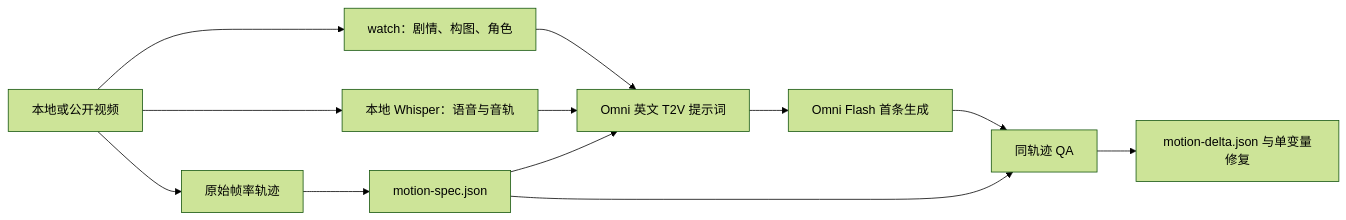
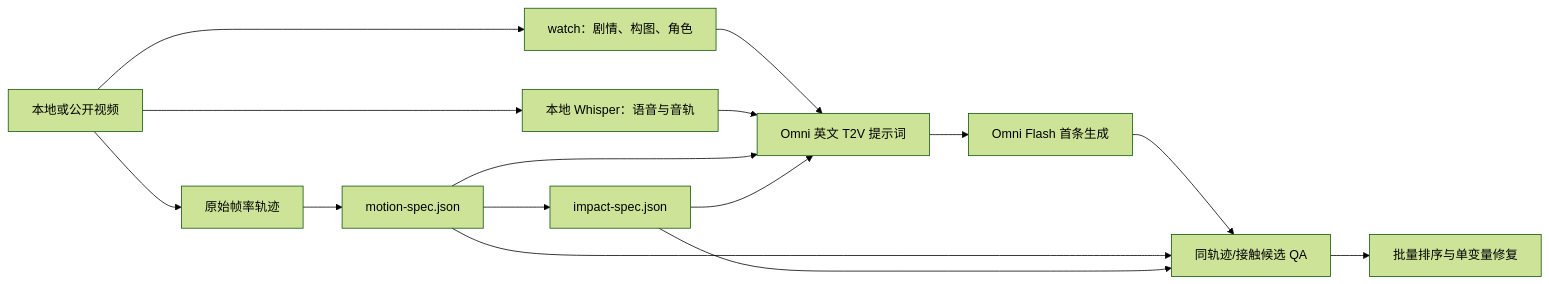
Before and after one commit to peipeijiang/tiktok-to-omni-video: the diagram in README.md, drawn with Mermaid (forest theme). The commit also changed other lines of this file and 9 other files, not shown here.

````diff
--- a/README.md
+++ b/README.md
@@ -13,14 +13,17 @@
 ```mermaid
 flowchart LR
   V[本地或公开视频] --> W[watch：剧情、构图、角色]
   V --> A[本地 Whisper：语音与音轨]
   V --> T[原始帧率轨迹]
   T --> M[motion-spec.json]
+  M --> I[impact-spec.json]
   W --> P[Omni 英文 T2V 提示词]
   A --> P
   M --> P
+  I --> P
   P --> O[Omni Flash 首条生成]
-  O --> Q[同轨迹 QA]
+  O --> Q[同轨迹/接触候选 QA]
   M --> Q
-  Q --> R[motion-delta.json 与单变量修复]
+  I --> Q
+  Q --> R[批量排序与单变量修复]
 ```
````
